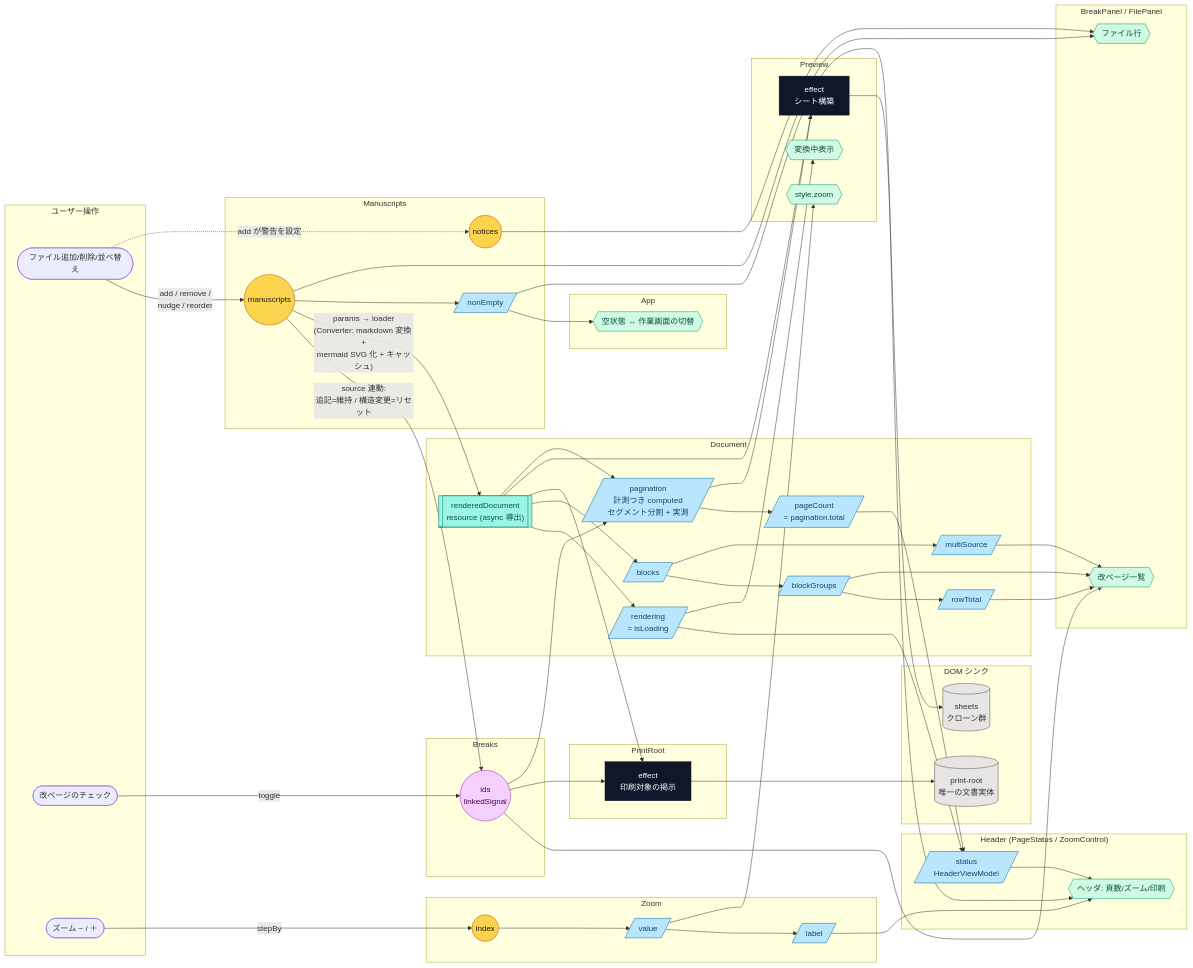
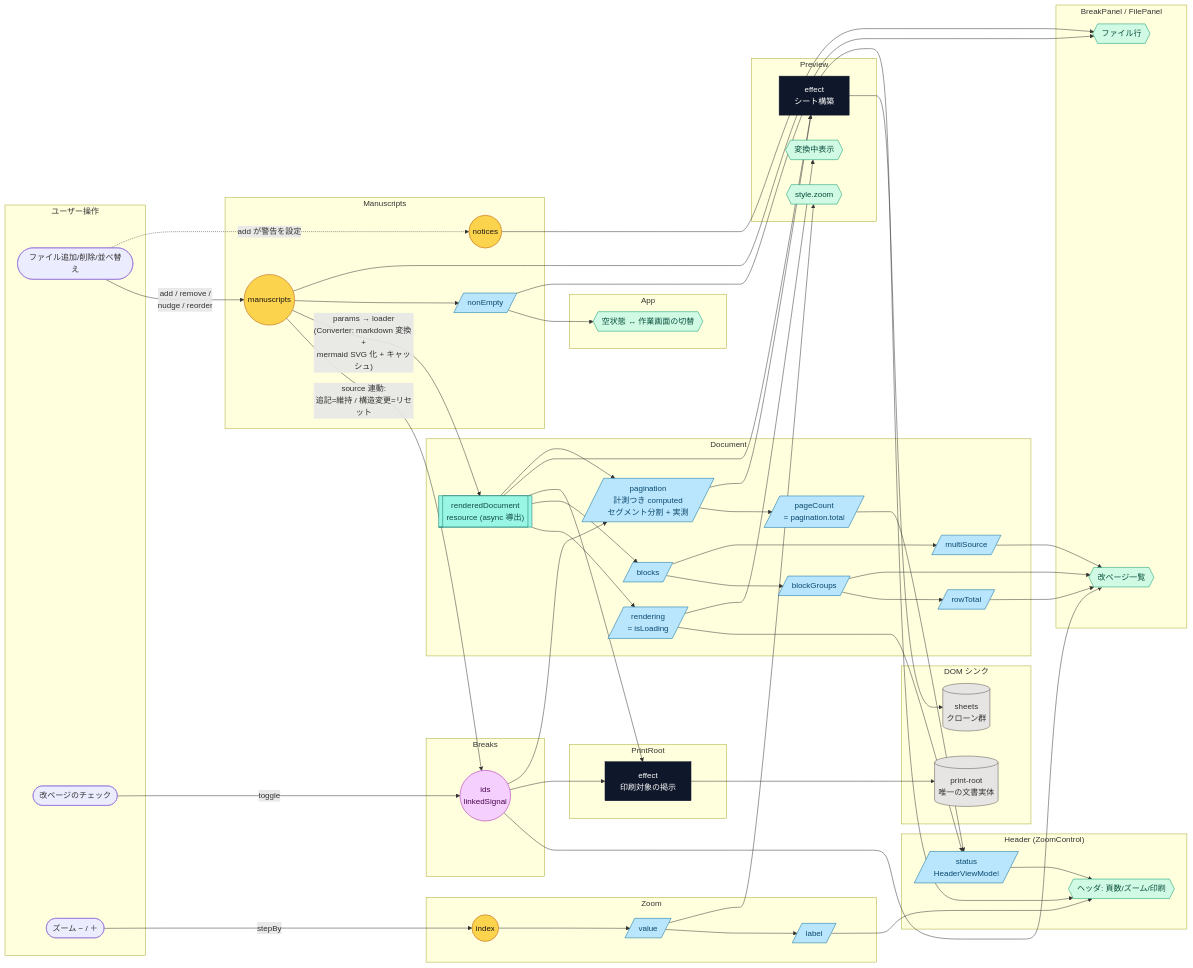
The diagram in docs/signal-graph.md (lacolaco/printmd), drawn with Mermaid before and after one commit. The commit also changed 3 other files, not shown here.

Commit message:
refactor: 1 行の PageStatus コンポーネントを Header のテンプレートへ畳み込む (#48)

```diff
--- a/docs/signal-graph.md
+++ b/docs/signal-graph.md
@@ -44,7 +44,7 @@
     VC2[/label/]
   end
 
-  subgraph HeaderC["Header (PageStatus / ZoomControl)"]
+  subgraph HeaderC["Header (ZoomControl)"]
     HC1[/status<br/>HeaderViewModel/]
     T1{{ヘッダ: 頁数/ズーム/印刷}}
   end
```
